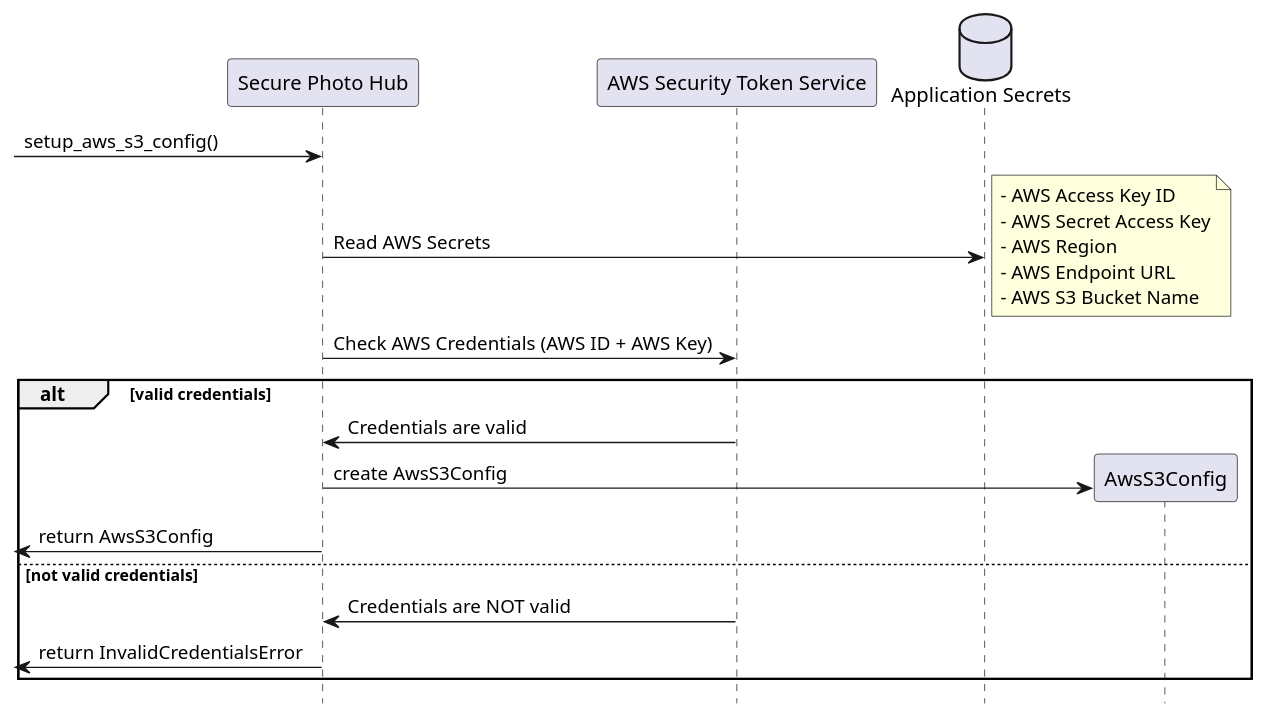
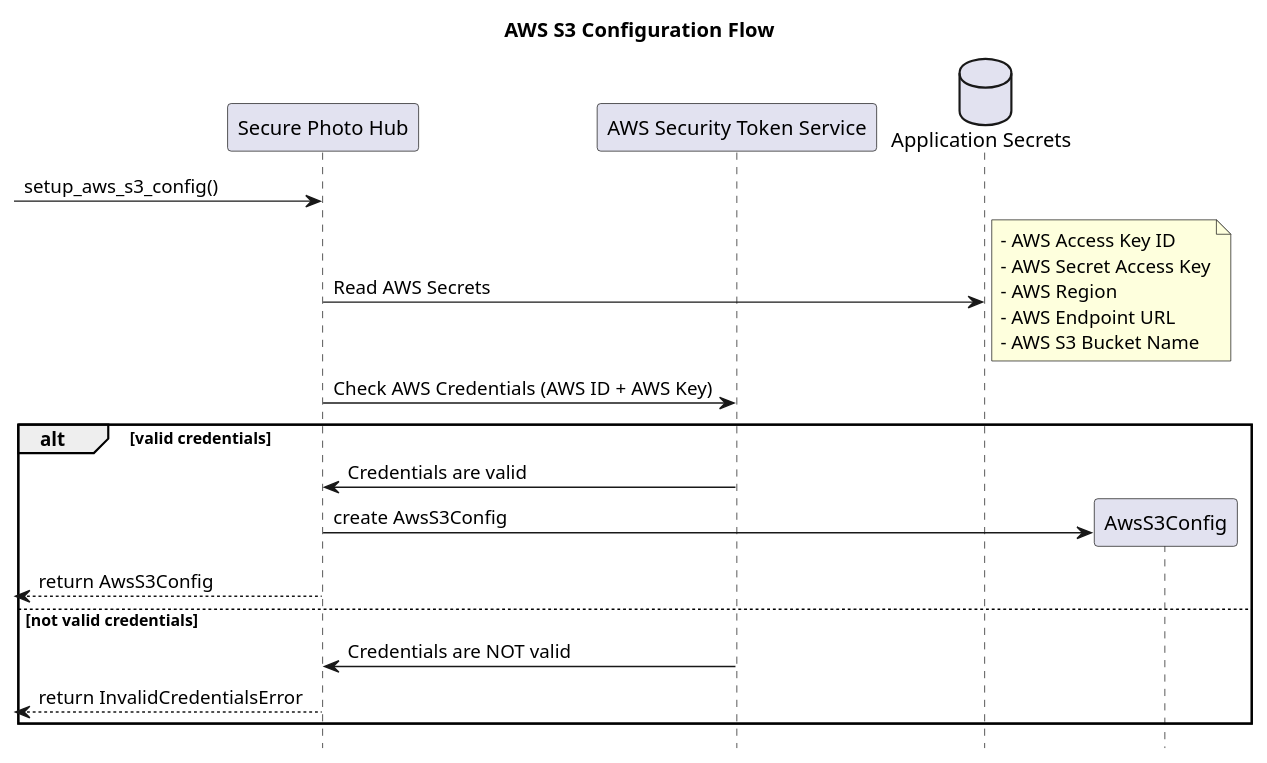
Before and after one commit to vtramo/secure-photo-hub: the diagram in plantuml/config/3-aws-s3-config.puml, drawn with PlantUML. The commit also changed 7 other files, not shown here.

Commit message:
docs: add bearer token authentication sequence diagram

```diff
--- a/plantuml/config/3-aws-s3-config.puml
+++ b/plantuml/config/3-aws-s3-config.puml
@@ -1,28 +1,30 @@
 @startuml
 hide footbox
+title AWS S3 Configuration Flow
+
 participant "Secure Photo Hub" as SecurePhotoHub
 participant "AWS Security Token Service" as AWSAPI
 database "Application Secrets" as AppSecrets
 
 [-> SecurePhotoHub : setup_aws_s3_config()
 
 SecurePhotoHub -> AppSecrets : Read AWS Secrets
 note right
 - AWS Access Key ID
 - AWS Secret Access Key
 - AWS Region
 - AWS Endpoint URL
 - AWS S3 Bucket Name
 end note
 
 SecurePhotoHub -> AWSAPI : Check AWS Credentials (AWS ID + AWS Key)
 alt valid credentials
     AWSAPI -> SecurePhotoHub : Credentials are valid
     create AwsS3Config
     SecurePhotoHub -> AwsS3Config : create AwsS3Config
-    [<- SecurePhotoHub : return AwsS3Config
+    [<-- SecurePhotoHub : return AwsS3Config
 else not valid credentials
     AWSAPI -> SecurePhotoHub : Credentials are NOT valid
-    [<- SecurePhotoHub : return InvalidCredentialsError
+    [<-- SecurePhotoHub : return InvalidCredentialsError
 end
 @enduml
```
